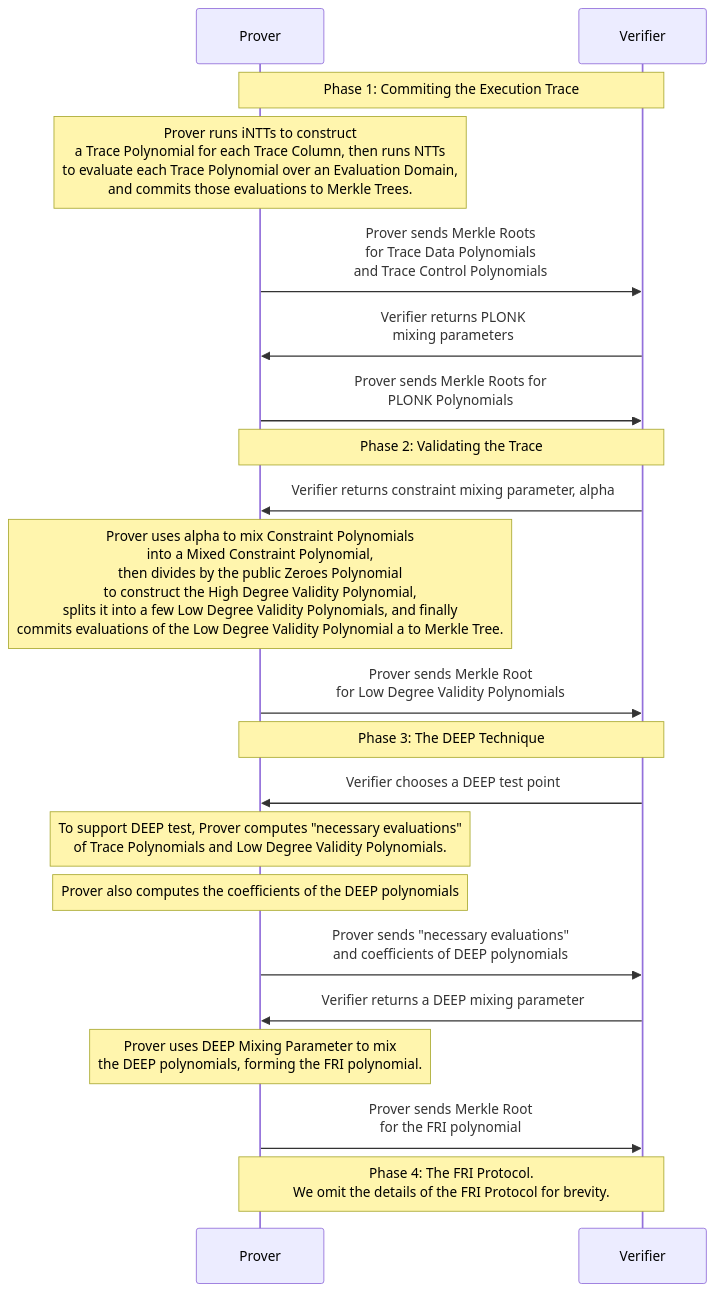
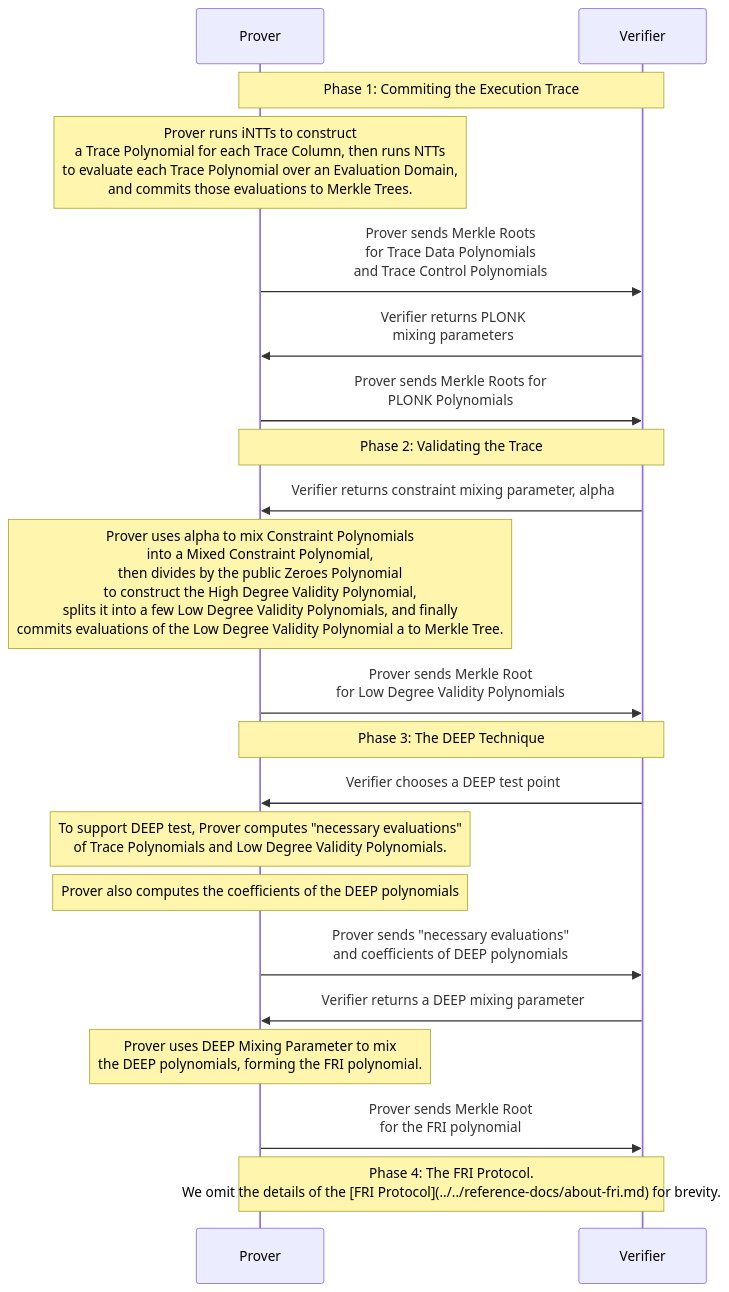
One commit to xuleimath/website changed the diagram in docs/explainers/proof-system/proof-system-sequence-diagram.md. Above: the diagram before and after it, drawn with Mermaid. The commit also changed other lines of this file and 3 other files, not shown here.

First line of the commit message:
adding about-fri-md (#60)

````diff
--- a/docs/explainers/proof-system/proof-system-sequence-diagram.md
+++ b/docs/explainers/proof-system/proof-system-sequence-diagram.md
@@ -13,22 +13,22 @@
 ```mermaid
 sequenceDiagram
     Note over Prover,Verifier: Phase 1: Commiting the  Execution Trace
     Note over Prover: Prover runs iNTTs to construct <br/>a Trace Polynomial for each Trace Column, then runs NTTs <br/>to evaluate each Trace Polynomial over an Evaluation Domain,<br/>and commits those evaluations to Merkle Trees.
     Prover->>Verifier: Prover sends Merkle Roots <br/>for Trace Data Polynomials <br/>and Trace Control Polynomials
     Verifier->>Prover: Verifier returns PLONK <br/>mixing parameters
     Prover->>Verifier: Prover sends Merkle Roots for <br/>PLONK Polynomials 
     Note over Prover,Verifier: Phase 2: Validating the Trace
     Verifier->>Prover: Verifier returns constraint mixing parameter, alpha
     Note over Prover: Prover uses alpha to mix Constraint Polynomials <br/>into a Mixed Constraint Polynomial, <br/>then divides by the public Zeroes Polynomial <br/>to construct the High Degree Validity Polynomial,<br/> splits it into a few Low Degree Validity Polynomials, and finally <br/>commits evaluations of the Low Degree Validity Polynomial a to Merkle Tree.
     Prover->>Verifier: Prover sends Merkle Root <br/>for Low Degree Validity Polynomials
     Note over Prover,Verifier: Phase 3: The DEEP Technique
     Verifier->>Prover: Verifier chooses a DEEP test point
     Note over Prover: To support DEEP test, Prover computes "necessary evaluations" <br/> of Trace Polynomials and Low Degree Validity Polynomials. 
     Note over Prover: Prover also computes the coefficients of the DEEP polynomials
     Prover->>Verifier: Prover sends "necessary evaluations" <br/>and coefficients of DEEP polynomials
     Verifier->>Prover: Verifier returns a DEEP mixing parameter
     Note over Prover: Prover uses DEEP Mixing Parameter to mix <br/> the DEEP polynomials, forming the FRI polynomial. 
     Prover->>Verifier: Prover sends Merkle Root <br/> for the FRI polynomial
-    Note over Prover,Verifier: Phase 4: The FRI Protocol. <br/>We omit the details of the FRI Protocol for brevity.
+    Note over Prover,Verifier: Phase 4: The FRI Protocol. <br/>We omit the details of the [FRI Protocol](../../reference-docs/about-fri.md) for brevity.
   
 ```
````
